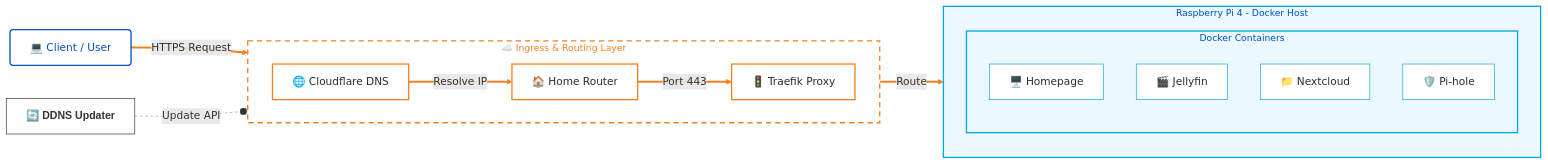
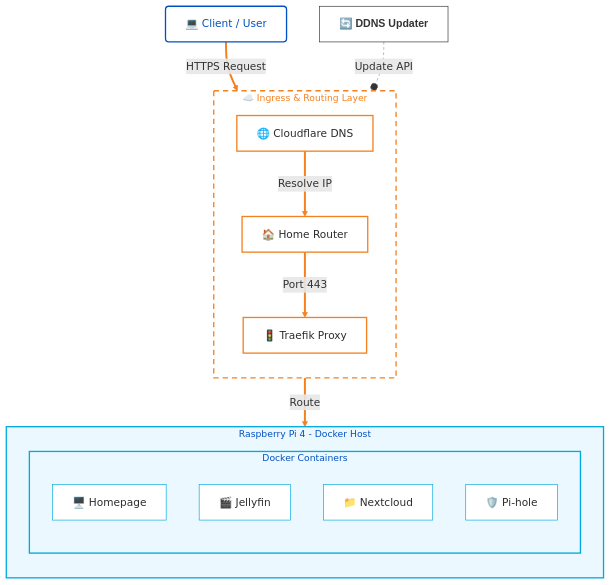
The diagram in README.md (charan-altro/self-host-lab), drawn with Mermaid before and after one commit.

````diff
--- a/README.md
+++ b/README.md
@@ -10,71 +10,71 @@
 ```mermaid
-flowchart LR
+flowchart TB
     %% --- GLOBAL STYLES ---
     %% 1. Basic Nodes (White with dark text, sharp corners)
     classDef base fill:#fff,stroke:#333,stroke-width:1px,color:#333,rx:0,ry:0,font-family:Arial,font-weight:bold
     
     %% 2. The Client (Blue Outline)
     classDef client fill:#fff,stroke:#0051C3,stroke-width:2px,color:#0051C3,rx:5,ry:5
     
     %% 3. The "Network/Transit" Components (Orange Theme)
     classDef transit fill:#fff,stroke:#F48120,stroke-width:2px,color:#2c2c2c,rx:0,ry:0
     
     %% 4. The "App" Components (Blue Theme)
     classDef appNode fill:#fff,stroke:#00A9E0,stroke-width:1px,color:#2c2c2c,rx:0,ry:0
 
     %% --- SUBGRAPH STYLES (The "Big Boxes") ---
     %% The "Middle" Dotted Orange Box
     classDef networkContainer fill:#fff,stroke:#F48120,stroke-width:2px,stroke-dasharray: 8 6,color:#F48120,font-size:14px
-    %% The "Right" Solid Blue Box
+    %% The "Bottom" Solid Blue Box
     classDef appContainer fill:#EBF8FF,stroke:#00A9E0,stroke-width:2px,color:#0051C3,font-size:14px
 
     %% --- DIAGRAM STRUCTURE ---
 
-    %% 1. USER
+    %% 1. USER (Top)
     User["💻 Client / User"]:::client
 
-    %% 2. THE ROUTING JOURNEY (Dashed Orange Box)
+    %% 2. THE ROUTING JOURNEY (Middle - Flowing Down)
     subgraph Routing ["☁️ Ingress & Routing Layer"]
-        direction LR
+        direction TB
         DNS["🌐 Cloudflare DNS"]:::transit
         Router["🏠 Home Router"]:::transit
         Traefik["🚦 Traefik Proxy"]:::transit
     end
 
-    %% 3. THE DESTINATION (Solid Blue Box)
+    %% 3. THE DESTINATION (Bottom)
     subgraph Server ["Raspberry Pi 4 - Docker Host"]
         direction TB
         
         %% This creates the "Stack" inside the blue box
         subgraph DockerStack ["Docker Containers"]
             direction TB
             Homepage["🖥️ Homepage"]:::appNode
             Jellyfin["🎬 Jellyfin"]:::appNode
             Nextcloud["📁 Nextcloud"]:::appNode
             PiHole["🛡️ Pi-hole"]:::appNode
         end
     end
 
     %% 4. SIDE PROCESSES
     DDNS["🔄 DDNS Updater"]:::base
 
     %% --- CONNECTIONS ---
     
     %% Main Flow (Thick Orange Lines)
     User ==>|HTTPS Request| DNS
     DNS ==>|Resolve IP| Router
     Router ==>|Port 443| Traefik
     Traefik ==>|Route| DockerStack
 
     %% Helper Lines (Dashed Gray)
     DDNS -.-o|Update API| DNS
 
     %% --- APPLY STYLES ---
     class Routing networkContainer
     class Server appContainer
     class DockerStack appContainer
 
     %% Link Styles: 0-3 are Orange (Active Path), 4 is Gray (Helper)
     linkStyle 0,1,2,3 stroke:#F48120,stroke-width:3px,fill:none
     linkStyle 4 stroke:#999,stroke-width:1px,stroke-dasharray: 4 4
 ```
````
